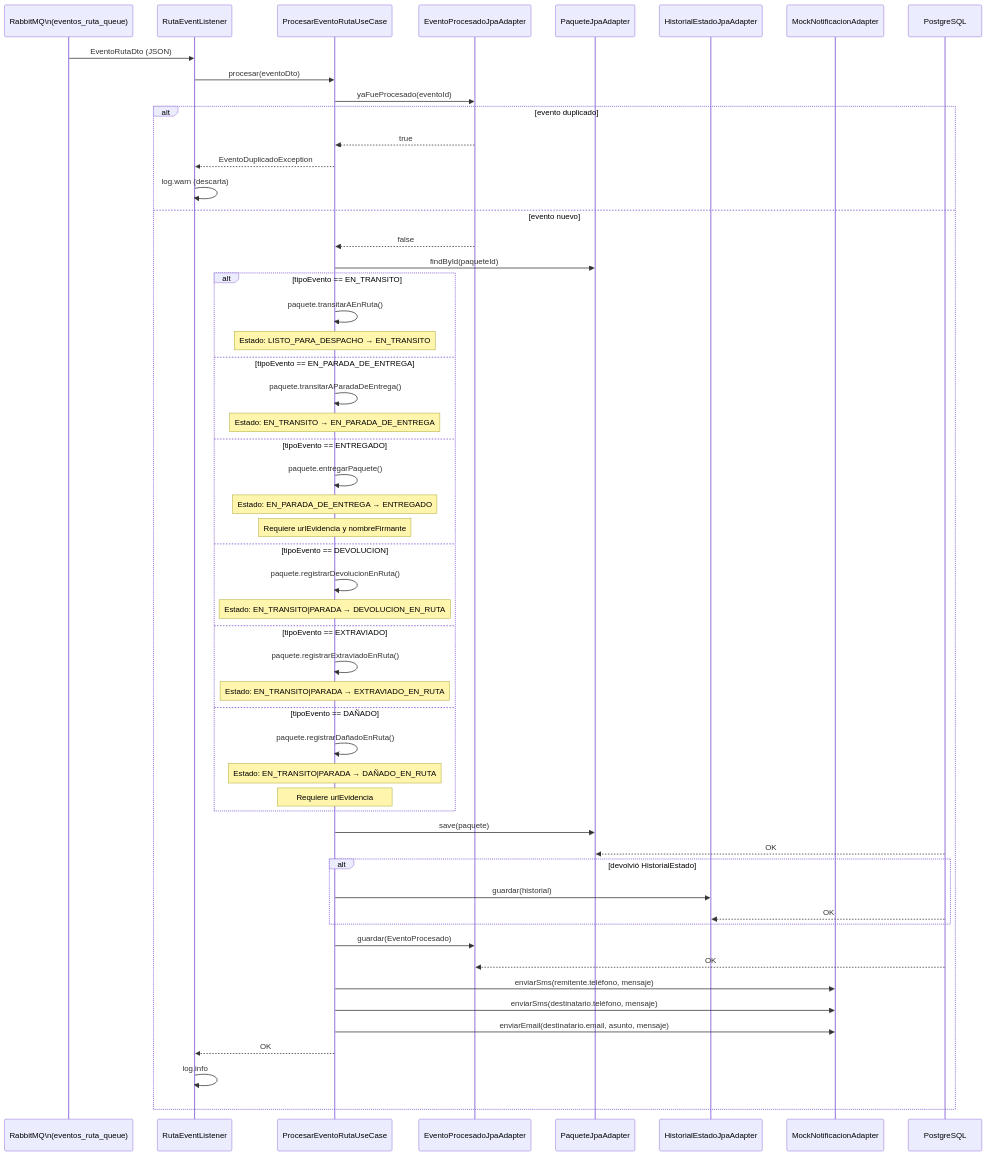
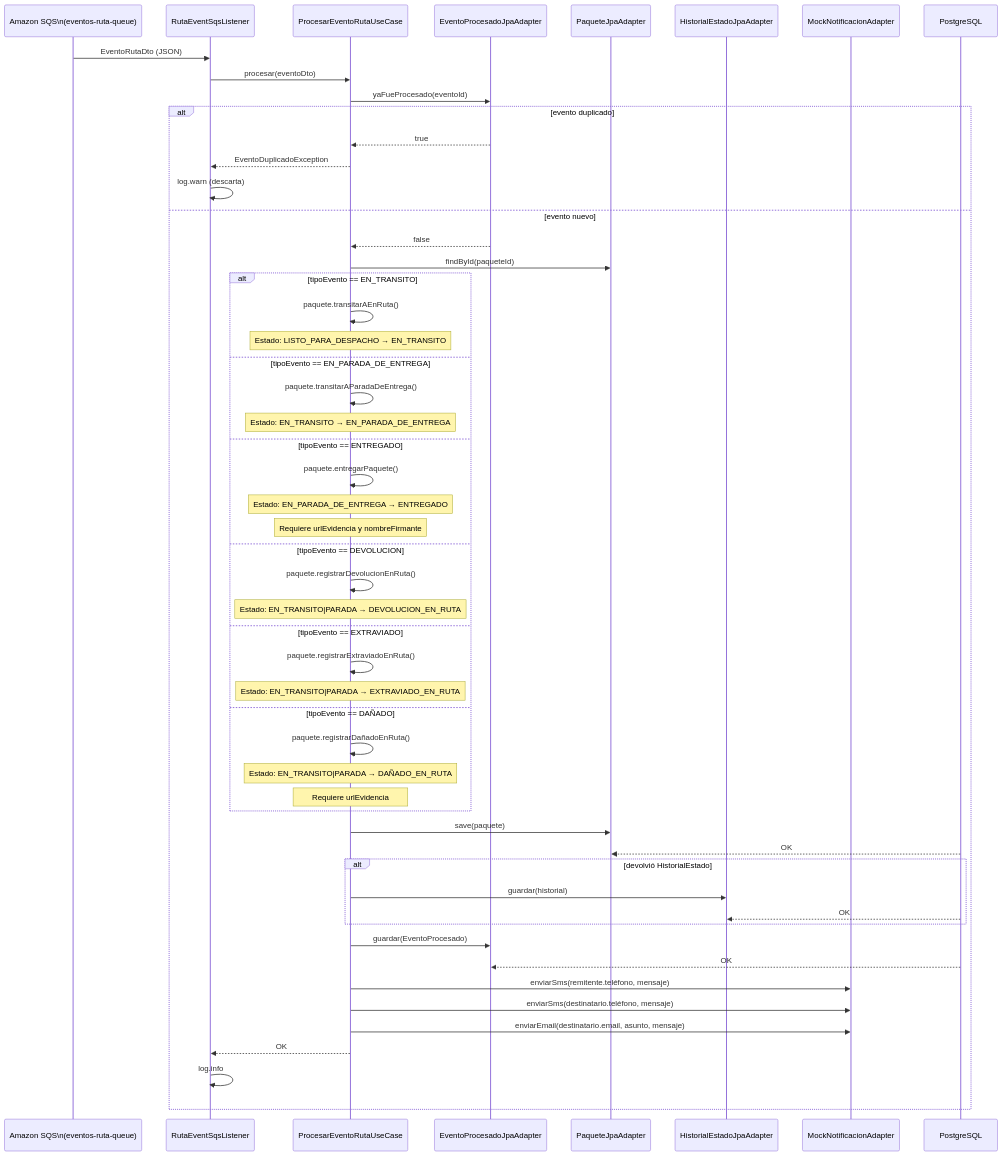
The fifth of 7 diagrams in Backend/Externo/Agent/Project/04-Data-Flows.md (InsoftUnimag/20261LogisticsPackages), drawn with Mermaid before and after one commit. The commit also changed other lines of this file and 3 other files, not shown here.

First line of the commit message:
Chore(docs): Sustituye referencias de RabbitMQ por AWS SQS en documentación de agente

````diff
--- a/Backend/Externo/Agent/Project/04-Data-Flows.md
+++ b/Backend/Externo/Agent/Project/04-Data-Flows.md
@@ -223,65 +224,65 @@
 ```mermaid
 sequenceDiagram
-    participant MQ as RabbitMQ\n(eventos_ruta_queue)
-    participant LSN as RutaEventListener
+    participant SQS as Amazon SQS\n(eventos-ruta-queue)
+    participant LSN as RutaEventSqsListener
     participant UC9 as ProcesarEventoRutaUseCase
     participant EPR as EventoProcesadoJpaAdapter
     participant REPO as PaqueteJpaAdapter
     participant HIST as HistorialEstadoJpaAdapter
     participant NOTIF as MockNotificacionAdapter
     participant DB as PostgreSQL
 
-    MQ->>LSN: EventoRutaDto (JSON)
+    SQS->>LSN: EventoRutaDto (JSON)
     LSN->>UC9: procesar(eventoDto)
 
     UC9->>EPR: yaFueProcesado(eventoId)
     alt evento duplicado
         EPR-->>UC9: true
         UC9-->>LSN: EventoDuplicadoException
         LSN->>LSN: log.warn (descarta)
     else evento nuevo
         EPR-->>UC9: false
         
         UC9->>REPO: findById(paqueteId)
         
         alt tipoEvento == EN_TRANSITO
             UC9->>UC9: paquete.transitarAEnRuta()
             Note over UC9: Estado: LISTO_PARA_DESPACHO → EN_TRANSITO
         else tipoEvento == EN_PARADA_DE_ENTREGA
             UC9->>UC9: paquete.transitarAParadaDeEntrega()
             Note over UC9: Estado: EN_TRANSITO → EN_PARADA_DE_ENTREGA
         else tipoEvento == ENTREGADO
             UC9->>UC9: paquete.entregarPaquete()
             Note over UC9: Estado: EN_PARADA_DE_ENTREGA → ENTREGADO
             Note over UC9: Requiere urlEvidencia y nombreFirmante
         else tipoEvento == DEVOLUCION
             UC9->>UC9: paquete.registrarDevolucionEnRuta()
             Note over UC9: Estado: EN_TRANSITO|PARADA → DEVOLUCION_EN_RUTA
         else tipoEvento == EXTRAVIADO
             UC9->>UC9: paquete.registrarExtraviadoEnRuta()
             Note over UC9: Estado: EN_TRANSITO|PARADA → EXTRAVIADO_EN_RUTA
         else tipoEvento == DAÑADO
             UC9->>UC9: paquete.registrarDañadoEnRuta()
             Note over UC9: Estado: EN_TRANSITO|PARADA → DAÑADO_EN_RUTA
             Note over UC9: Requiere urlEvidencia
         end
         
         UC9->>REPO: save(paquete)
         DB-->>REPO: OK
         
         alt devolvió HistorialEstado
             UC9->>HIST: guardar(historial)
             DB-->>HIST: OK
         end
         
         UC9->>EPR: guardar(EventoProcesado)
         DB-->>EPR: OK
         
         UC9->>NOTIF: enviarSms(remitente.teléfono, mensaje)
         UC9->>NOTIF: enviarSms(destinatario.teléfono, mensaje)
         UC9->>NOTIF: enviarEmail(destinatario.email, asunto, mensaje)
         
         UC9-->>LSN: OK
         LSN->>LSN: log.info
     end
 ```
````
